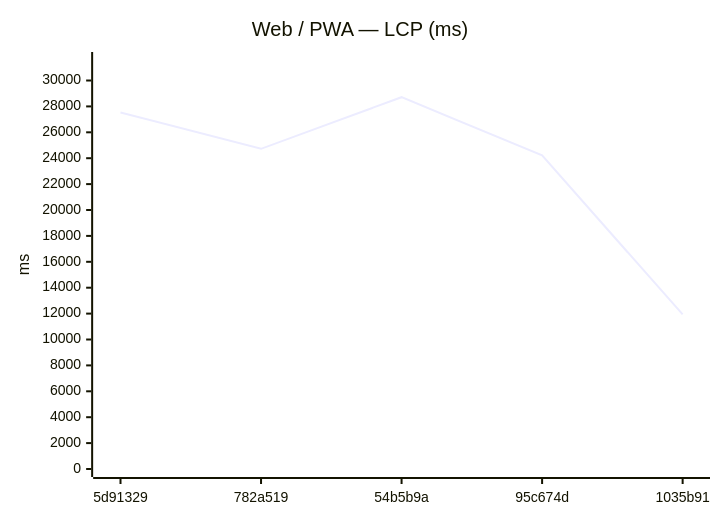
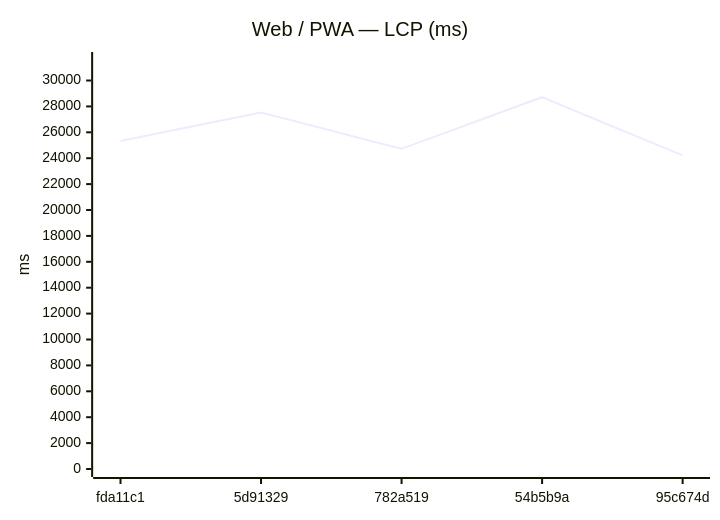
The seventh of 18 diagrams in benchmarks/compare.md (Metaheurist/Rianell), drawn with Mermaid before and after one commit. The commit also changed other lines of this file and 11 other files, not shown here.

````diff
--- a/benchmarks/compare.md
+++ b/benchmarks/compare.md
@@ -117,7 +117,7 @@
 ```mermaid
 xychart-beta
     title "Web / PWA — LCP (ms)"
-    x-axis ["5d91329", "782a519", "54b5b9a", "95c674d", "1035b91"]
+    x-axis ["fda11c1", "5d91329", "782a519", "54b5b9a", "95c674d"]
     y-axis "ms" 0 --> 31584
-    line [27536, 24725, 28712, 24213, 11936]
+    line [25329, 27536, 24725, 28712, 24213]
 ```
````
